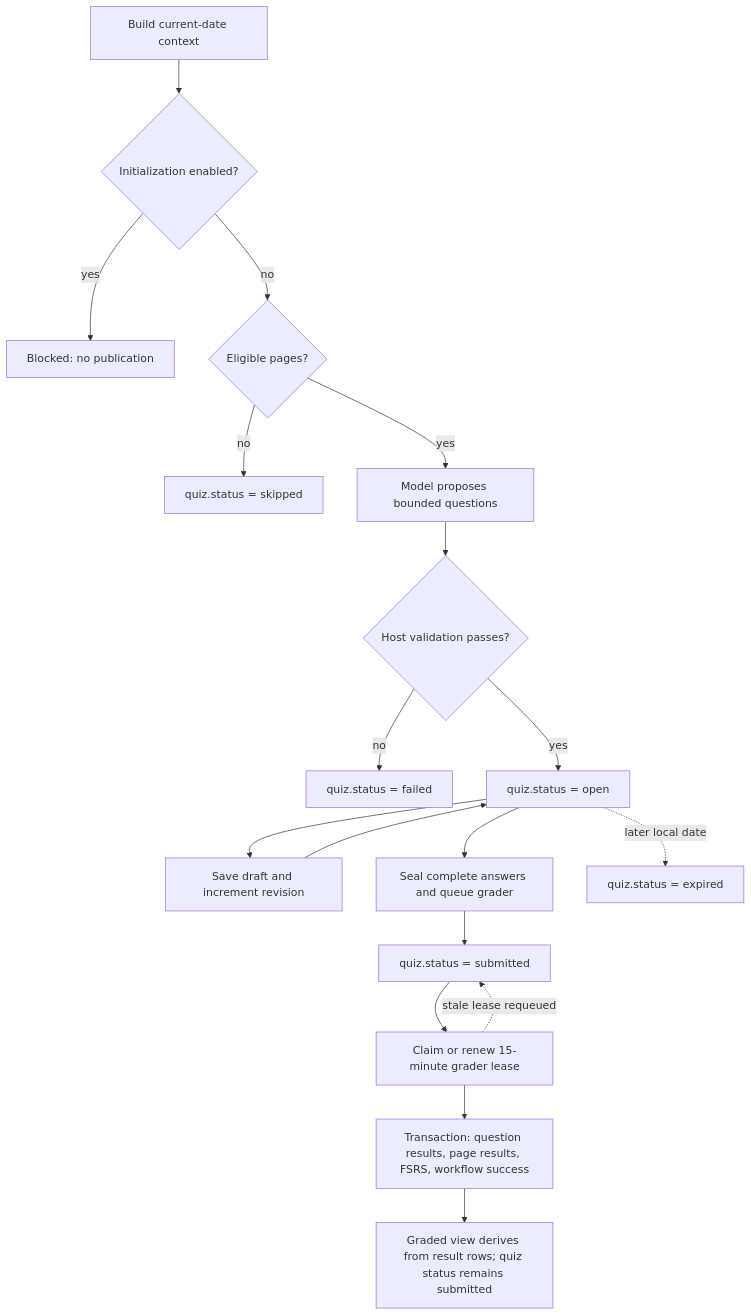
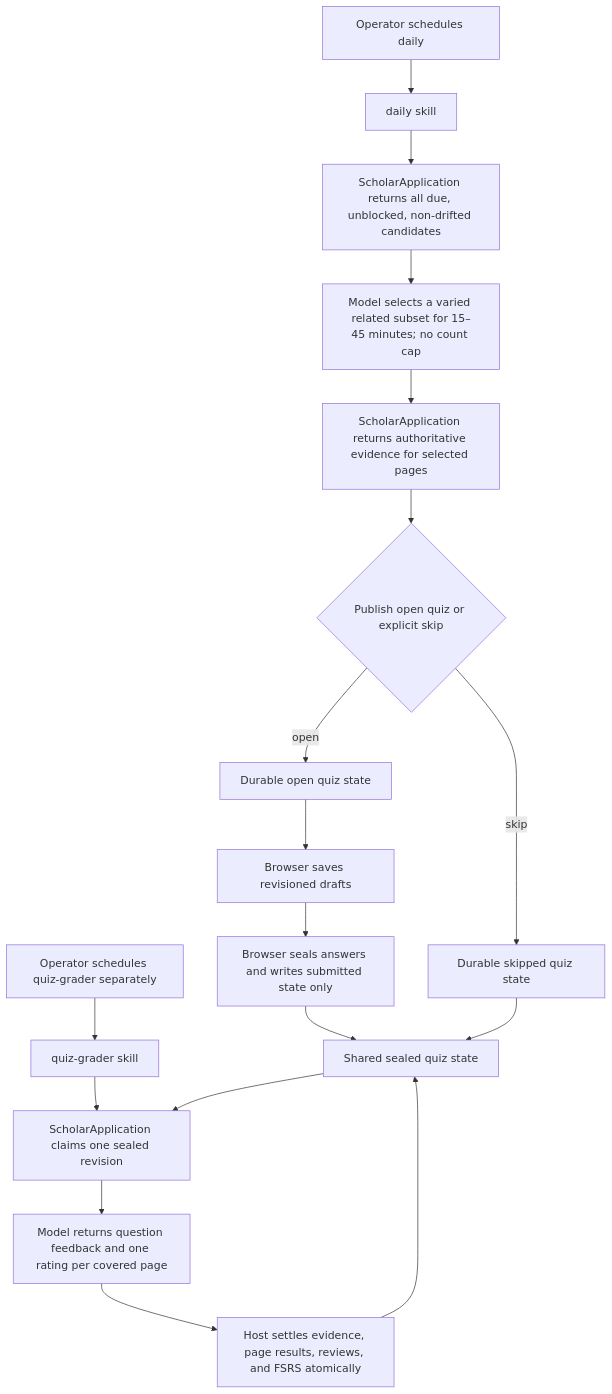
Before and after one commit to N-F9/pi-scholar: the fourth of 4 diagrams in pi-scholar-system.md, drawn with Mermaid. The commit also changed other lines of this file and 26 other files, not shown here.

````diff
--- a/pi-scholar-system.md
+++ b/pi-scholar-system.md
@@ -496,20 +415,20 @@
 ```mermaid
 flowchart TD
-  Context["Build current-date context"] --> Init{"Initialization enabled?"}
-  Init -- yes --> Blocked["Blocked: no publication"]
-  Init -- no --> Due{"Eligible pages?"}
-  Due -- no --> Skipped["quiz.status = skipped"]
-  Due -- yes --> Proposal["Model proposes bounded questions"]
-  Proposal --> Valid{"Host validation passes?"}
-  Valid -- no --> Failed["quiz.status = failed"]
-  Valid -- yes --> Open["quiz.status = open"]
-  Open --> Draft["Save draft and increment revision"]
-  Draft --> Open
-  Open --> Seal["Seal complete answers and queue grader"]
-  Open -. later local date .-> Expired["quiz.status = expired"]
-  Seal --> Submitted["quiz.status = submitted"]
-  Submitted --> Lease["Claim or renew 15-minute grader lease"]
-  Lease -. stale lease requeued .-> Submitted
-  Lease --> Settle["Transaction: question results, page results, FSRS, workflow success"]
-  Settle --> Graded["Graded view derives from result rows; quiz status remains submitted"]
+  DailyOperator["Operator schedules daily"] --> DailySkill["daily skill"]
+  DailySkill --> Candidates["ScholarApplication returns all due, unblocked, non-drifted candidates"]
+  Candidates --> Select["Model selects a varied related subset for 15–45 minutes; no count cap"]
+  Select --> Evidence["ScholarApplication returns authoritative evidence for selected pages"]
+  Evidence --> OpenOrSkip{"Publish open quiz or explicit skip"}
+  OpenOrSkip -- "open" --> Open["Durable open quiz state"]
+  OpenOrSkip -- "skip" --> Skipped["Durable skipped quiz state"]
+  Browser["Browser saves revisioned drafts"] --> Seal["Browser seals answers and writes submitted state only"]
+  Open --> Browser
+  Seal --> QuizState["Shared sealed quiz state"]
+  Skipped --> QuizState
+  GraderOperator["Operator schedules quiz-grader separately"] --> GraderSkill["quiz-grader skill"]
+  GraderSkill --> Claim["ScholarApplication claims one sealed revision"]
+  QuizState --> Claim
+  Claim --> Grade["Model returns question feedback and one rating per covered page"]
+  Grade --> Settle["Host settles evidence, page results, reviews, and FSRS atomically"]
+  Settle --> QuizState
 ```
````
